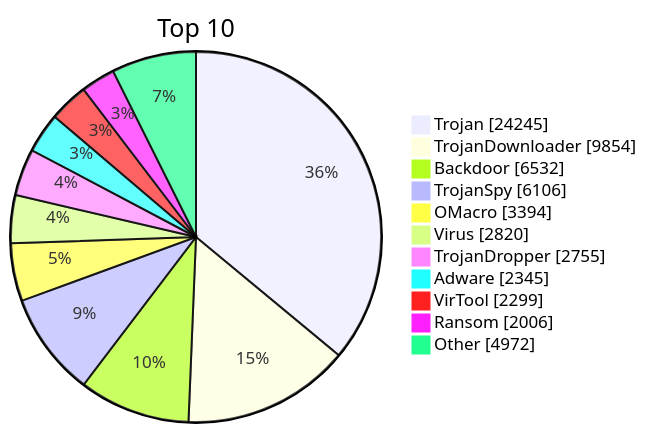
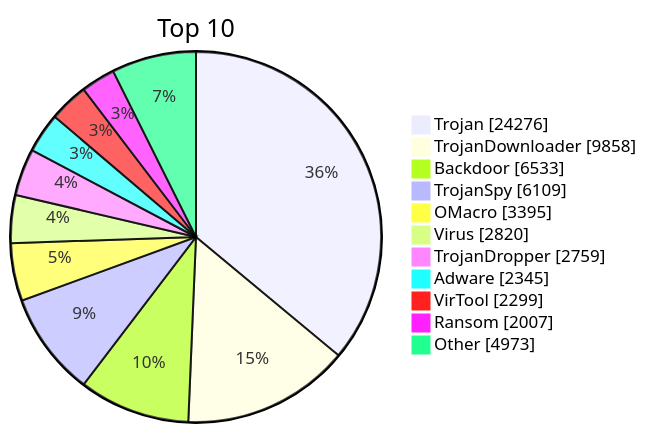
Before and after one commit to JerryLinLinLin/huorong-virdb-changelog: the diagram in README.md, drawn with Mermaid. The commit also changed other lines of this file and 15 other files, not shown here.

````diff
--- a/README.md
+++ b/README.md
@@ -19,15 +19,15 @@
 ```mermaid
 pie showData
     title Top 10
-    "Trojan" : 24245
-    "TrojanDownloader" : 9854
-    "Backdoor" : 6532
-    "TrojanSpy" : 6106
-    "OMacro" : 3394
+    "Trojan" : 24276
+    "TrojanDownloader" : 9858
+    "Backdoor" : 6533
+    "TrojanSpy" : 6109
+    "OMacro" : 3395
     "Virus" : 2820
-    "TrojanDropper" : 2755
+    "TrojanDropper" : 2759
     "Adware" : 2345
     "VirTool" : 2299
-    "Ransom" : 2006
-    "Other" : 4972
+    "Ransom" : 2007
+    "Other" : 4973
 ```
````
